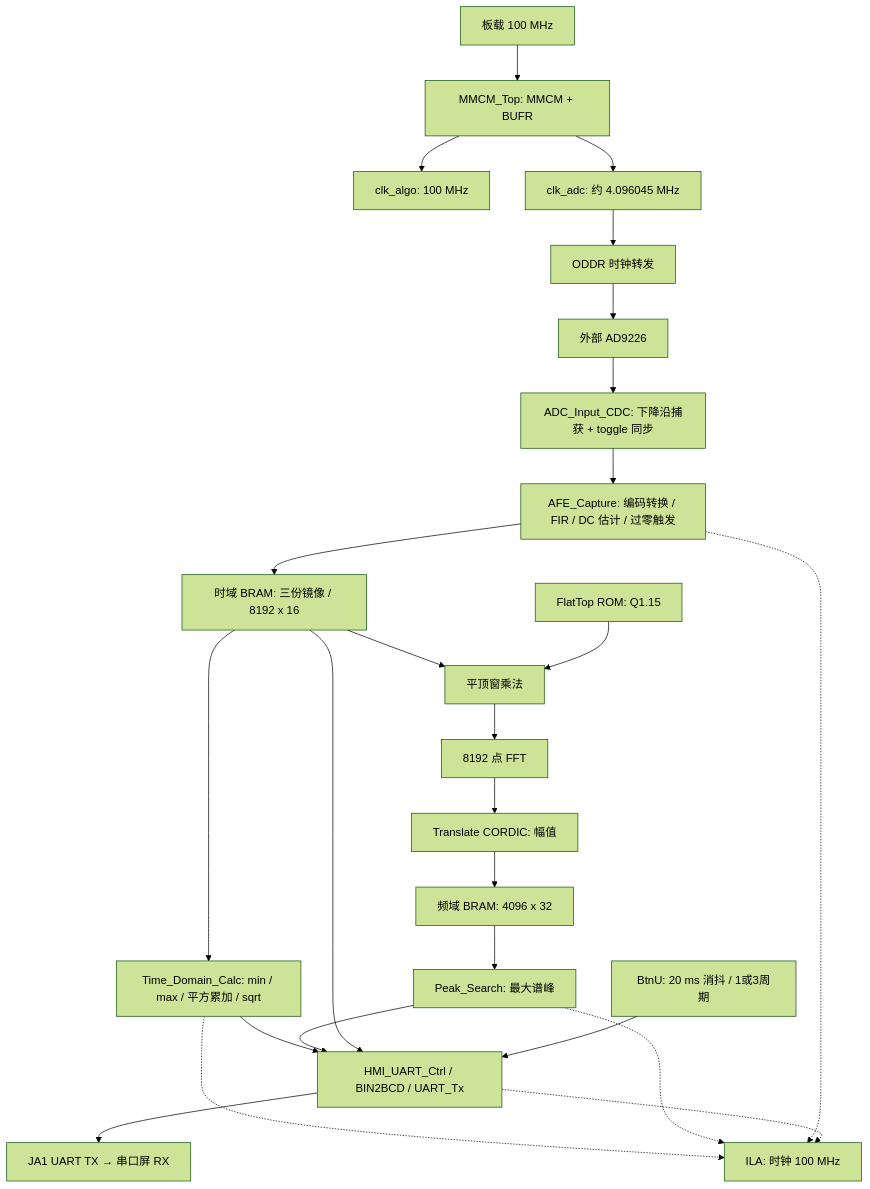
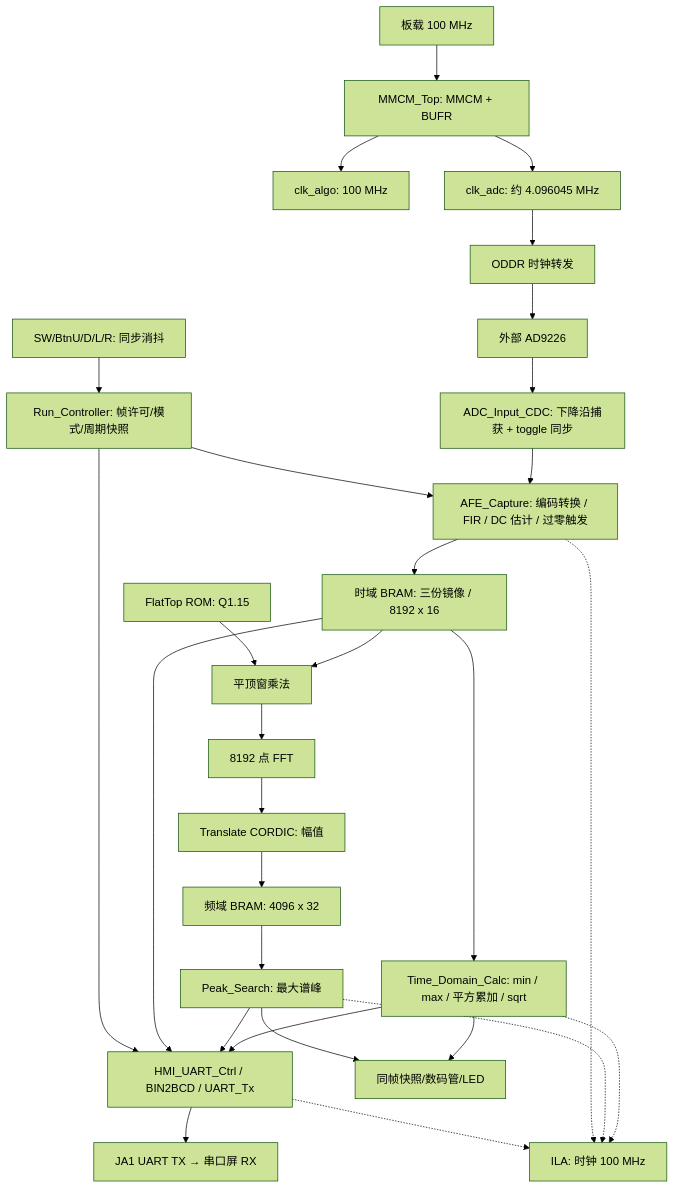
One commit to lyk82468246/NUEDC-2026-G-Artix7-Basys3 changed the diagram in README.md. Above: the diagram before and after it, drawn with Mermaid (forest theme). The commit also changed other lines of this file and 42 other files, not shown here.

````diff
--- a/README.md
+++ b/README.md
@@ -54,27 +54,31 @@
 ```mermaid
 flowchart TD
     OSC[板载 100 MHz] --> CLK[MMCM_Top: MMCM + BUFR]
     CLK --> ALG[clk_algo: 100 MHz]
     CLK --> ADC_CLK[clk_adc: 约 4.096045 MHz]
     ADC_CLK --> ODDR[ODDR 时钟转发]
     ODDR --> ADC[外部 AD9226]
     ADC --> CDC[ADC_Input_CDC: 下降沿捕获 + toggle 同步]
     CDC --> AFE[AFE_Capture: 编码转换 / FIR / DC 估计 / 过零触发]
     AFE --> TIME[时域 BRAM: 三份镜像 / 8192 x 16]
     TIME --> CALC[Time_Domain_Calc: min / max / 平方累加 / sqrt]
     TIME --> WIN[平顶窗乘法]
     ROM[FlatTop ROM: Q1.15] --> WIN
     WIN --> FFT[8192 点 FFT]
     FFT --> MAG[Translate CORDIC: 幅值]
     MAG --> FREQ[频域 BRAM: 4096 x 32]
     FREQ --> PEAK[Peak_Search: 最大谱峰]
     CALC --> HMI[HMI_UART_Ctrl / BIN2BCD / UART_Tx]
     PEAK --> HMI
     TIME --> HMI
-    BTN[BtnU: 20 ms 消抖 / 1或3周期] --> HMI
+    BTN[SW/BtnU/D/L/R: 同步消抖] --> RUN[Run_Controller: 帧许可/模式/周期快照]
+    RUN --> AFE
+    RUN --> HMI
+    CALC --> PANEL[同帧快照/数码管/LED]
+    PEAK --> PANEL
     HMI --> SCREEN[JA1 UART TX → 串口屏 RX]
     CALC -.-> ILA[ILA: 时钟 100 MHz]
     PEAK -.-> ILA
     AFE -.-> ILA
     HMI -.-> ILA
 ```
````
